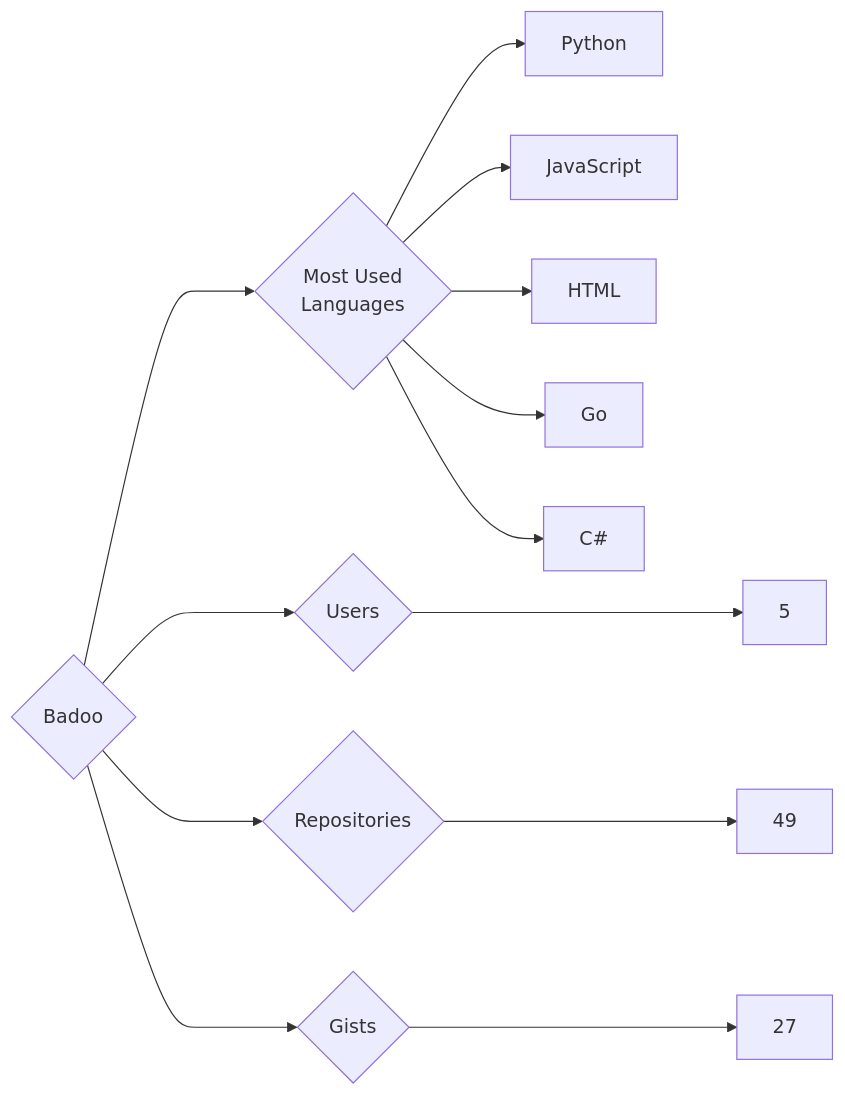
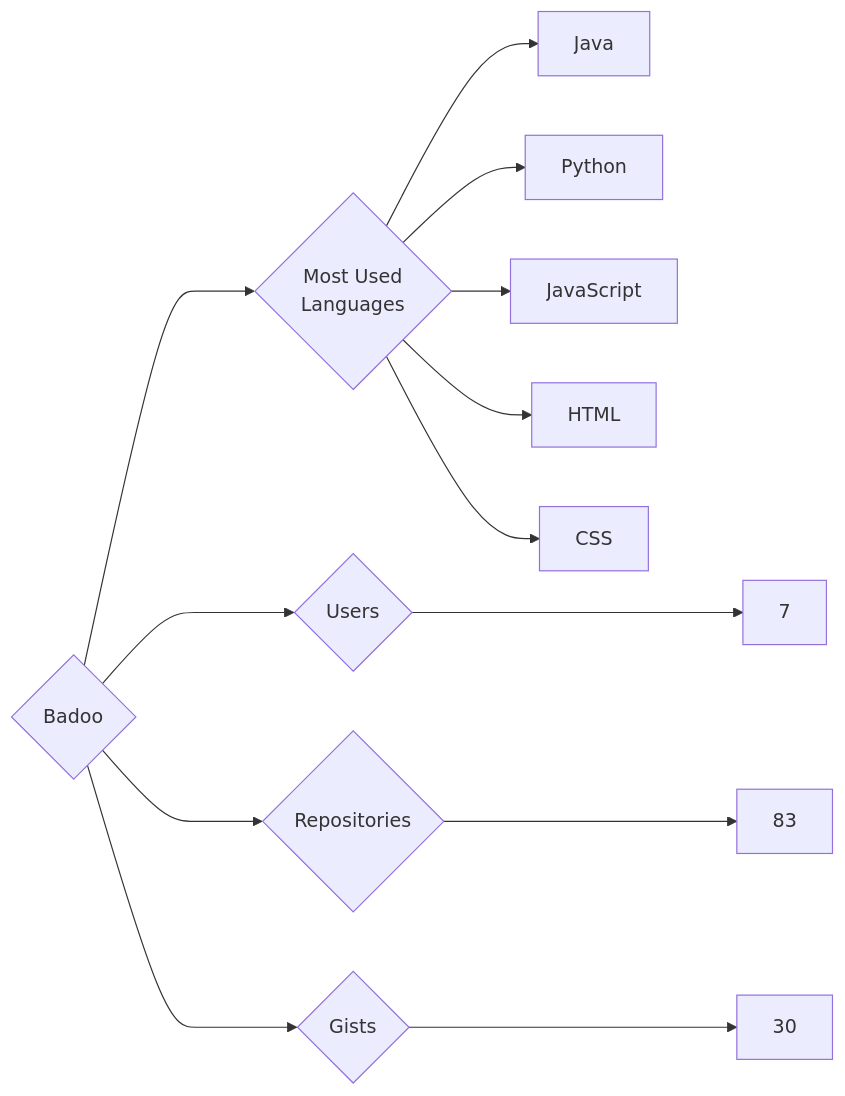
The diagram in targets/Badoo/README.md (trickest/insiders), drawn with Mermaid before and after one commit. The commit also changed 988 other files, not shown here.

````diff
--- a/targets/Badoo/README.md
+++ b/targets/Badoo/README.md
@@ -3,13 +3,13 @@
 ```mermaid
 graph LR
 COMPANY_NAME{Badoo}
-COMPANY_NAME ---> U{Users} ---> UN[5]
-COMPANY_NAME ---> R{Repositories} ---> RN[49]
-COMPANY_NAME ---> G{Gists} ---> GN[27]
+COMPANY_NAME ---> U{Users} ---> UN[7]
+COMPANY_NAME ---> R{Repositories} ---> RN[83]
+COMPANY_NAME ---> G{Gists} ---> GN[30]
 COMPANY_NAME ---> ML{Most Used<br>Languages}
+ML --> Java[Java]
 ML --> Python[Python]
 ML --> JavaScript[JavaScript]
 ML --> HTML[HTML]
-ML --> Go[Go]
-ML --> C#[C#]
+ML --> CSS[CSS]
 ```
````
